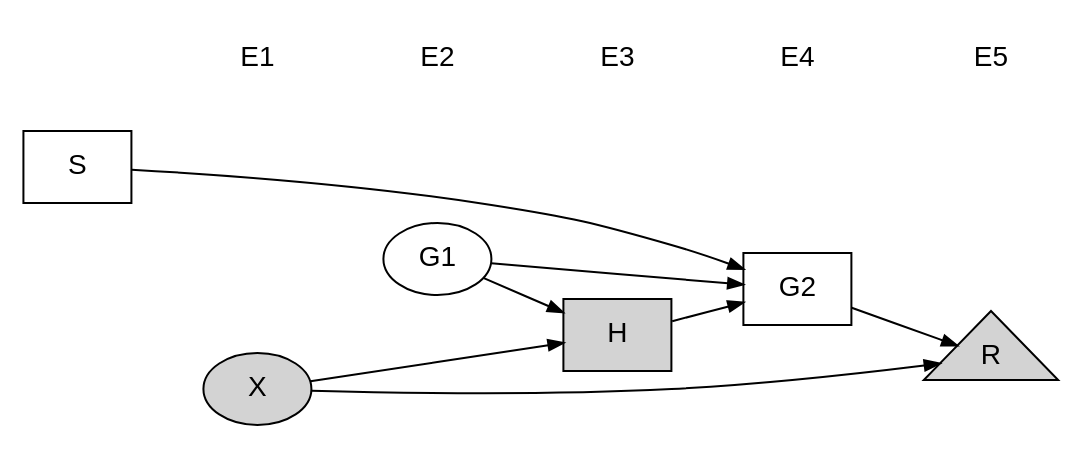
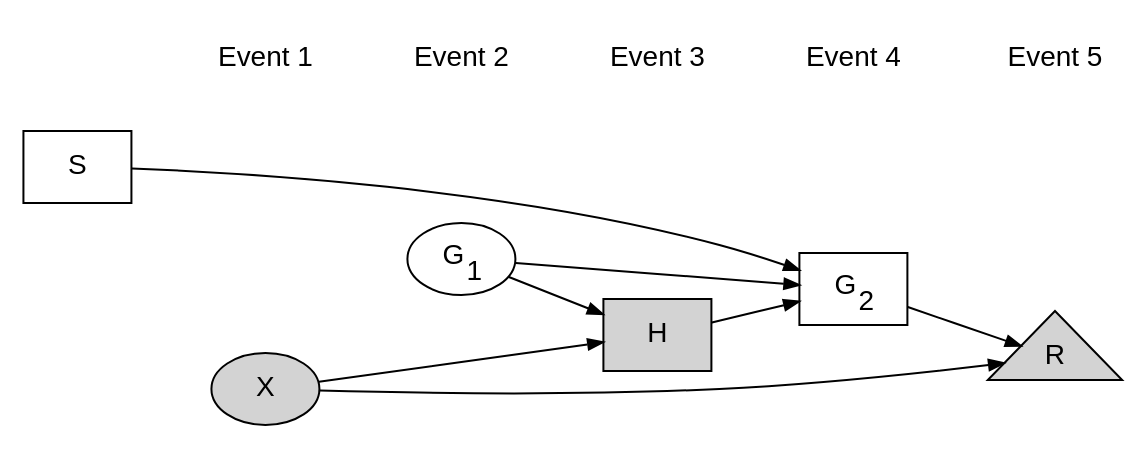
The diagram in monty-hall-as-pgm.dot (ontoligent/montyhall), drawn with Graphviz before and after one commit. The commit also changed 2 other files, not shown here.

Commit message:
Updaates to graph

```diff
--- a/monty-hall-as-pgm.dot
+++ b/monty-hall-as-pgm.dot
@@ -1,40 +1,40 @@
 digraph G {
 
     rankdir = LR
 
     node [fontname=arial]
     S [shape=box]
     X [shape=oval style=filled fillcolor=lightgray border=1]
-    G1 [shape=oval]
+    G1 [shape=oval label=<G<sub>1</sub>>]
     H [shape=box style=filled fillcolor=lightgray border=1]
-    G2 [shape=box]
+    G2 [shape=box label=<G<sub>2</sub>>]
     R [shape=triangle style=filled fillcolor=lightgray border=1]
     
     node [shape=plaintext]
     E0 [style=invis]
-    E1
-    E2
-    E3
-    E4
-    E5
+    E1 [label="Event 1"]
+    E2 [label="Event 2"]
+    E3 [label="Event 3"]
+    E4 [label="Event 4"]
+    E5 [label="Event 5"]
     
     edge [arrowsize=0.75]
-    X -> R
-    X -> H
+    X -> R 
+    X -> H 
     G1 -> H
     H -> G2
     G1 -> G2
     S -> G2
     G2 -> R
     
     edge [style=invis]
     E0 -> E1 -> E2 -> E3 -> E4 -> E5
 
     {rank=same; E0; S}
     {rank=same; E1; X}
     {rank=same; E2; G1}
     {rank=same; E3; H}
     {rank=same; E4; G2}
     {rank=same; E5; R}
 
 }
```
